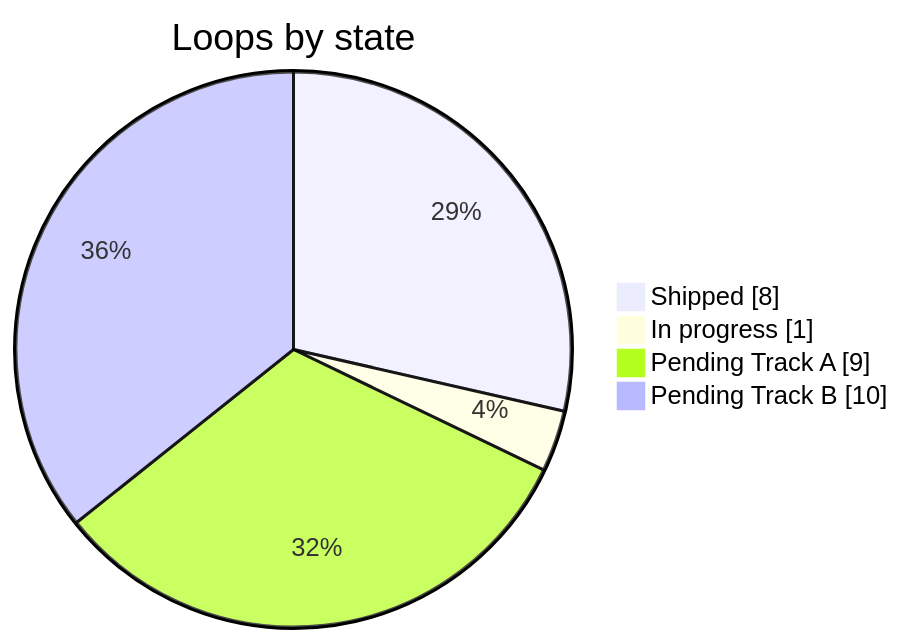
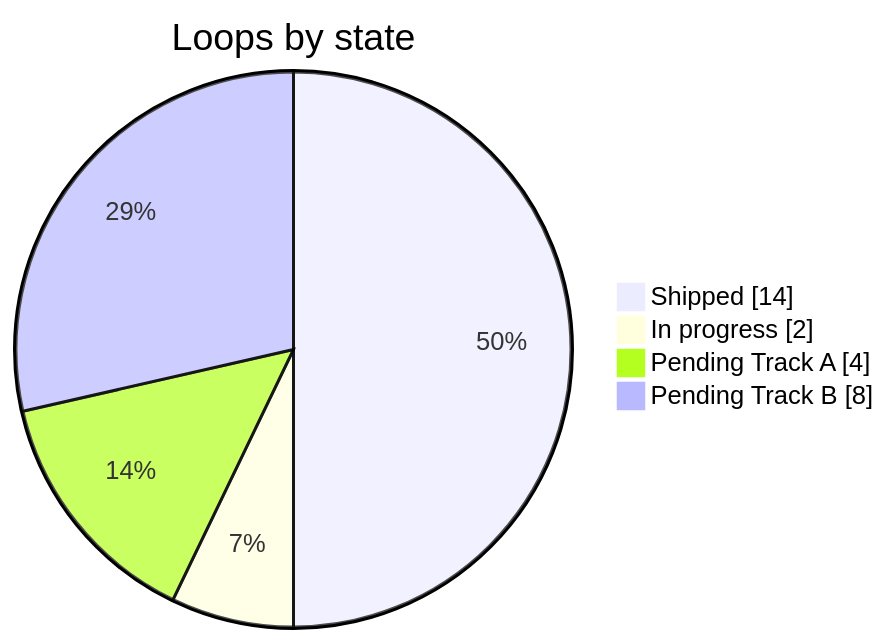
One commit to ivangarciafilho/DNDSheet changed the first of 2 diagrams in docs/roadmap/DNDSheet-Implementation-Backlog.md. Above: the diagram before and after it, drawn with Mermaid. The commit also changed other lines of this file and 84 other files, not shown here.

````diff
--- a/docs/roadmap/DNDSheet-Implementation-Backlog.md
+++ b/docs/roadmap/DNDSheet-Implementation-Backlog.md
@@ -102,8 +128,8 @@
 ```mermaid
 pie showData
   title Loops by state
-  "Shipped" : 8
-  "In progress" : 1
-  "Pending Track A" : 9
-  "Pending Track B" : 10
+  "Shipped" : 14
+  "In progress" : 2
+  "Pending Track A" : 4
+  "Pending Track B" : 8
 ```
````
